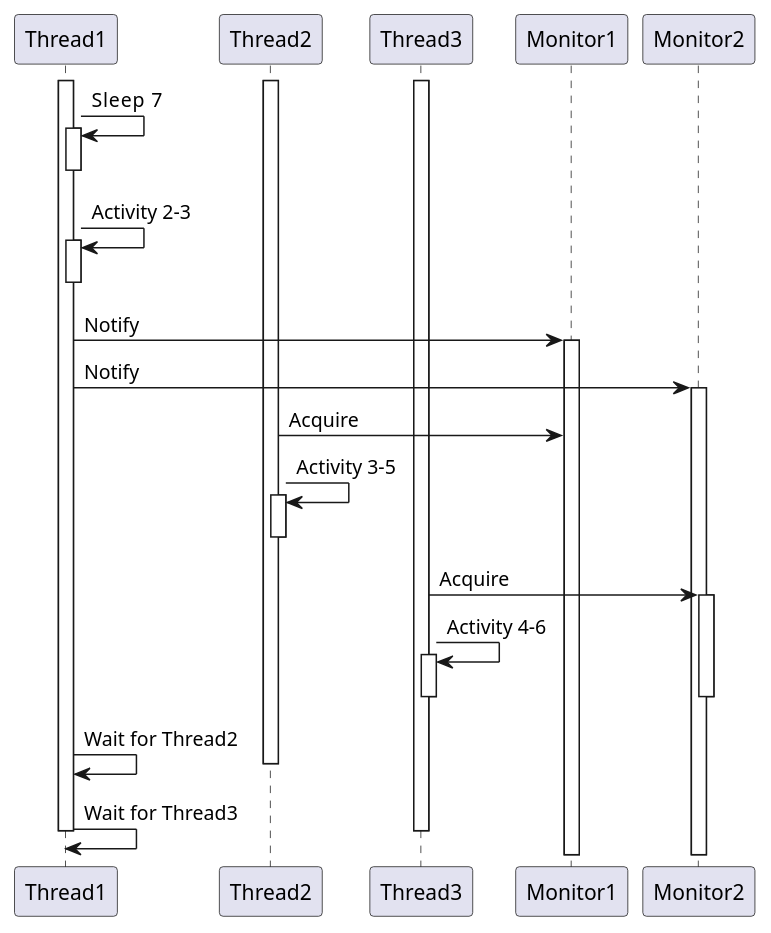
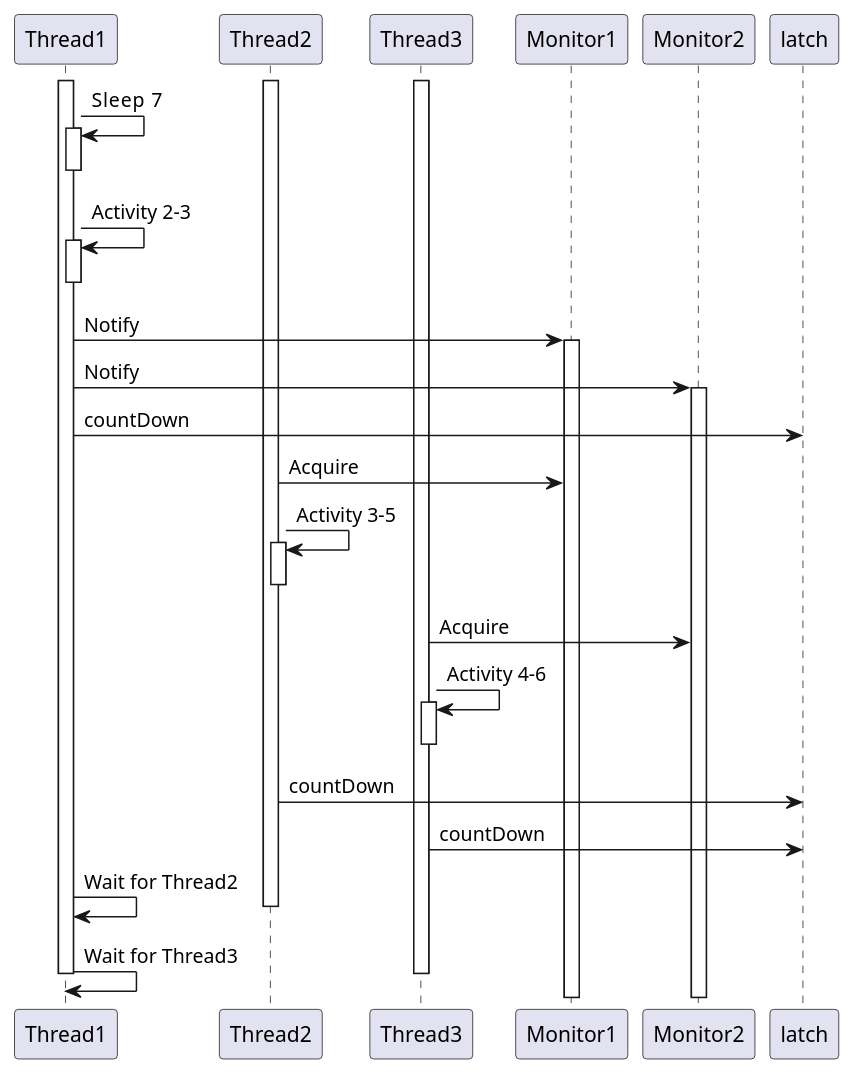
Before and after one commit to ileacosmin/IleaCosmin_30333_RTSLAB: the diagram in RTS/src/LabSession5/Lab7/App3/Diagrams/SequenceDiagram.puml, drawn with PlantUML. The commit also changed 2 other files, not shown here.

Commit message:
fixed a diagram and a bit of code

```diff
--- a/RTS/src/LabSession5/Lab7/App3/Diagrams/SequenceDiagram.puml
+++ b/RTS/src/LabSession5/Lab7/App3/Diagrams/SequenceDiagram.puml
@@ -1,39 +1,44 @@
 @startuml
 activate Thread1
 activate Thread2
 activate Thread3
 
 
 Thread1 -> Thread1: Sleep  7
 activate Thread1
 deactivate Thread1
 Thread1 -> Thread1: Activity 2-3
 activate Thread1
 deactivate Thread1
 Thread1 -> Monitor1: Notify
 activate Monitor1
 Thread1 -> Monitor2: Notify
 activate Monitor2
 
+Thread1 -> latch: countDown
+
 
 Thread2 -> Monitor1: Acquire
 Thread2 -> Thread2: Activity 3-5
 activate Thread2
 deactivate Thread2
 
 
 Thread3 -> Monitor2: Acquire
-activate Monitor2
 Thread3 -> Thread3: Activity 4-6
 activate Thread3
 deactivate Thread3
-deactivate Monitor2
+Thread2 -> latch: countDown
+
+Thread3 -> latch: countDown
+
 
 
 Thread1 -> Thread1: Wait for Thread2
 deactivate Thread2
 Thread1 -> Thread1: Wait for Thread3
 deactivate Thread3
 deactivate Thread1
 
+
 @enduml
```
